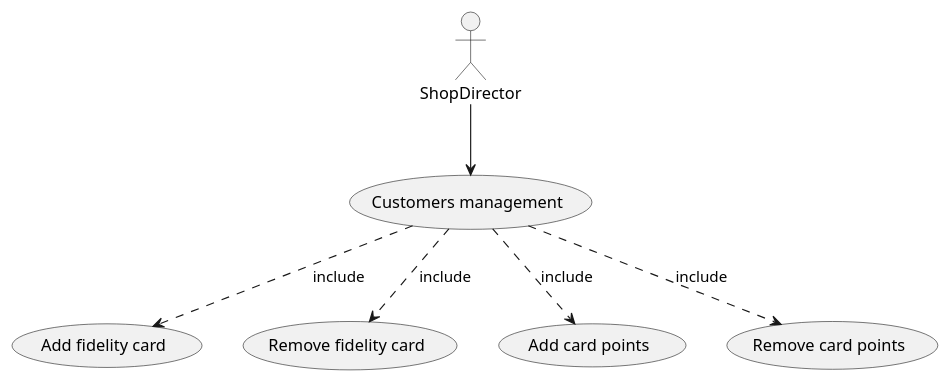
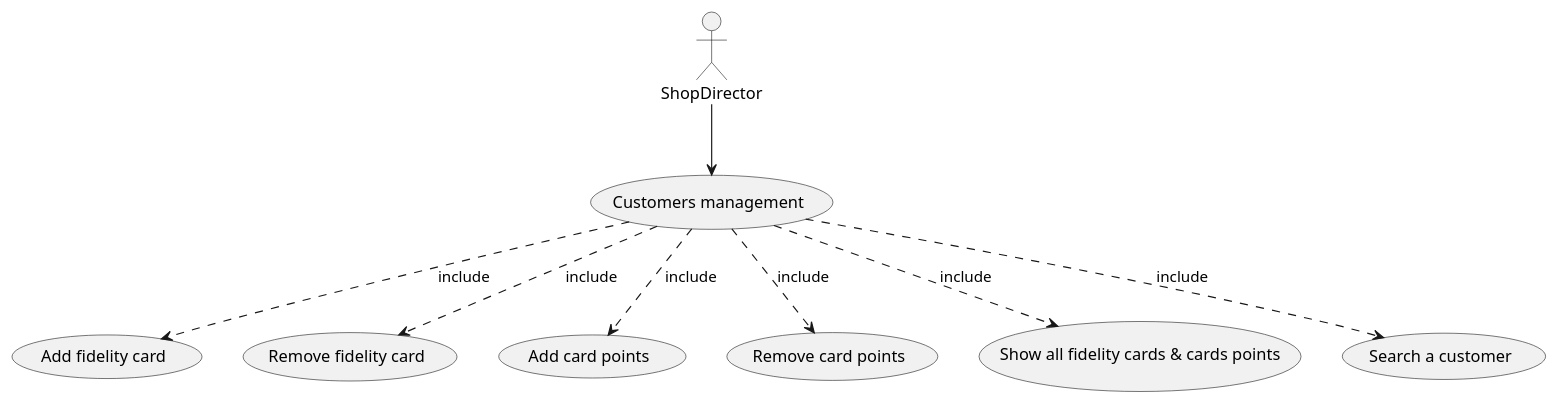
The sixth of 11 diagrams in Deliverables/RequirementsDocument.md (Stormz4/group20-EzShop), drawn with PlantUML before and after one commit. The commit also changed other lines of this file, not shown here.

Commit message:
Doc: Modified customer management & catalogue management, updated use case diagrams

````diff
--- a/Deliverables/RequirementsDocument.md
+++ b/Deliverables/RequirementsDocument.md
@@ -335,11 +337,13 @@
 ```plantuml
 @startuml
 
 :ShopDirector: --> (Customers management)
 (Customers management) ..> (Add fidelity card) : include
 (Customers management) ..> (Remove fidelity card) : include
 (Customers management) ..> (Add card points) : include
 (Customers management) ..> (Remove card points) : include
+(Customers management) ..> (Show all fidelity cards & cards points) : include
+(Customers management) ..> (Search a customer) : include
 
 @enduml
 ```
````
